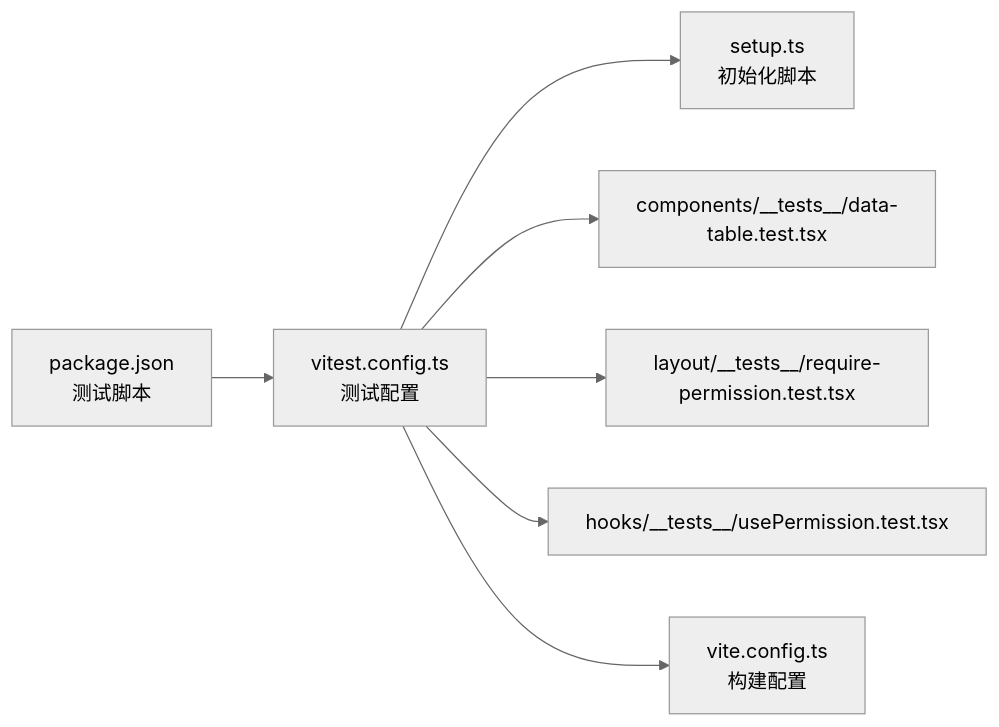
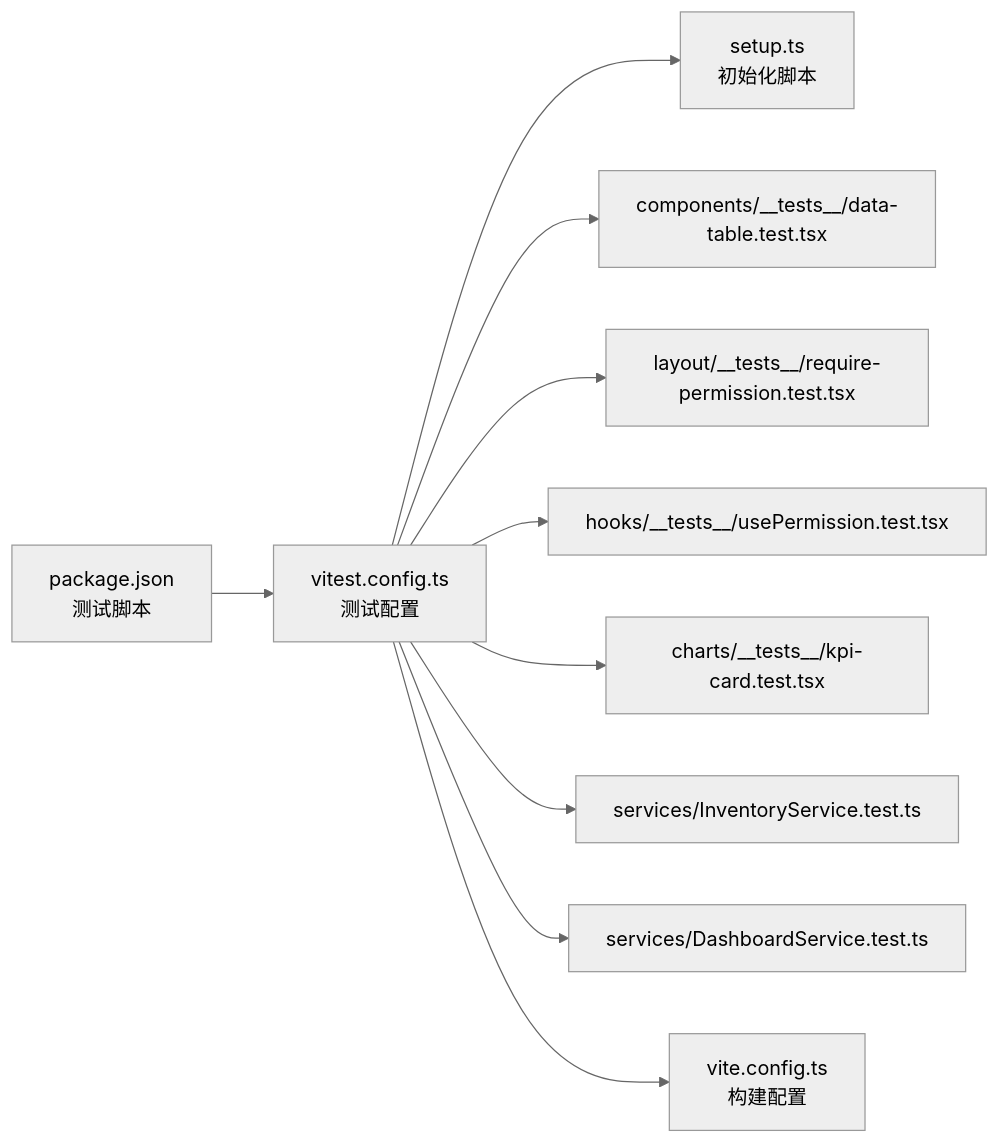
The fourth of 4 diagrams in .qoder/repowiki/zh/content/测试策略/单元测试.md (Damao997/newproject), drawn with Mermaid (neutral theme) before and after one commit. The commit also changed other lines of this file and 55 other files, not shown here.

````diff
--- a/.qoder/repowiki/zh/content/测试策略/单元测试.md
+++ b/.qoder/repowiki/zh/content/测试策略/单元测试.md
@@ -205,9 +317,12 @@
 ```mermaid
 graph LR
 Pkg["package.json<br/>测试脚本"] --> Vitest["vitest.config.ts<br/>测试配置"]
 Vitest --> Setup["setup.ts<br/>初始化脚本"]
 Vitest --> TestsA["components/__tests__/data-table.test.tsx"]
 Vitest --> TestsB["layout/__tests__/require-permission.test.tsx"]
 Vitest --> TestsC["hooks/__tests__/usePermission.test.tsx"]
+Vitest --> TestsD["charts/__tests__/kpi-card.test.tsx"]
+Vitest --> TestsE["services/InventoryService.test.ts"]
+Vitest --> TestsF["services/DashboardService.test.ts"]
 Vitest --> ViteCfg["vite.config.ts<br/>构建配置"]
 ```
````
